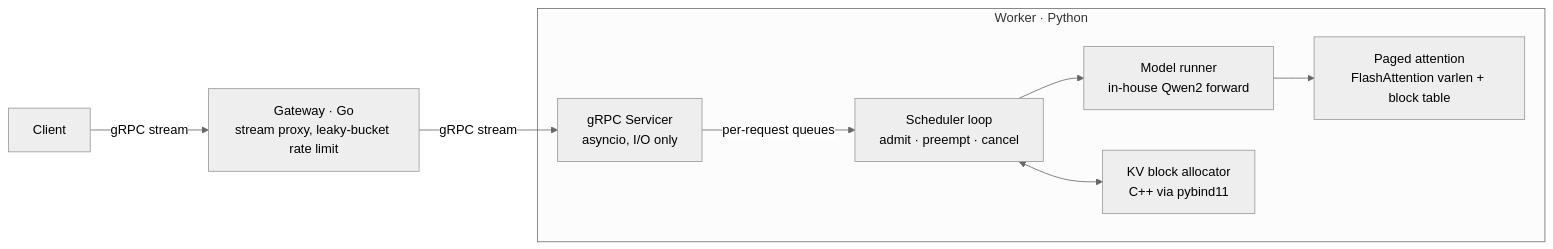
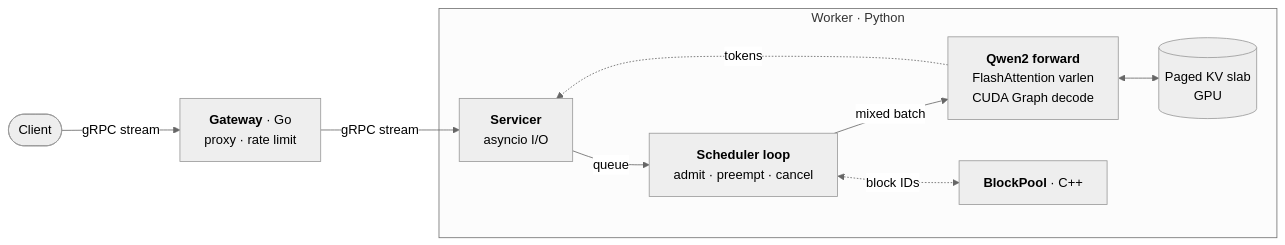
The diagram in README.md (stanzixinwan/distie), drawn with Mermaid (neutral theme) before and after one commit. The commit also changed other lines of this file and 3 other files, not shown here.

First line of the commit message:
Tighten the README and chart the vLLM comparison.

````diff
--- a/README.md
+++ b/README.md
@@ -19,11 +17,12 @@
 ```mermaid
 flowchart LR
-    C[Client] -->|gRPC stream| G[Gateway · Go<br/>stream proxy, leaky-bucket rate limit]
-    G -->|gRPC stream| S
-    subgraph W[Worker · Python]
-        S[gRPC Servicer<br/>asyncio, I/O only] -->|per-request queues| L[Scheduler loop<br/>admit · preempt · cancel]
-        L --> M[Model runner<br/>in-house Qwen2 forward]
-        M --> A[Paged attention<br/>FlashAttention varlen + block table]
-        L <--> B[KV block allocator<br/>C++ via pybind11]
+    C([Client]) -- gRPC stream --> G["<b>Gateway</b> · Go<br/>proxy · rate limit"]
+    G -- gRPC stream --> S
+    subgraph W["Worker · Python"]
+        S["<b>Servicer</b><br/>asyncio I/O"] -- queue --> L["<b>Scheduler loop</b><br/>admit · preempt · cancel"]
+        L -- mixed batch --> M["<b>Qwen2 forward</b><br/>FlashAttention varlen<br/>CUDA Graph decode"]
+        M <--> K[("Paged KV slab<br/>GPU")]
+        L <-. block IDs .-> B["<b>BlockPool</b> · C++"]
+        M -. tokens .-> S
     end
 ```
````
